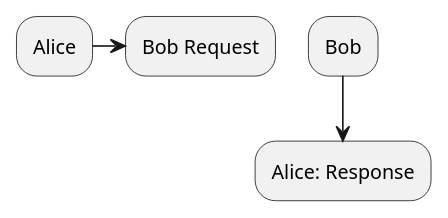
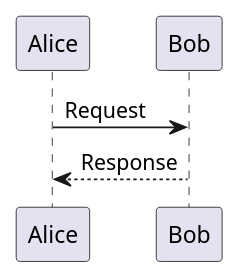
The diagram in test.md (Aso2001370/2021sys-design), drawn with PlantUML before and after one commit.

````diff
--- a/test.md
+++ b/test.md
@@ -1,6 +1,6 @@
 ```uml
 @startuml
-Alice -> Bob Request
+Alice -> Bob: Request
 Bob --> Alice: Response
 @enduml
 ```
````
